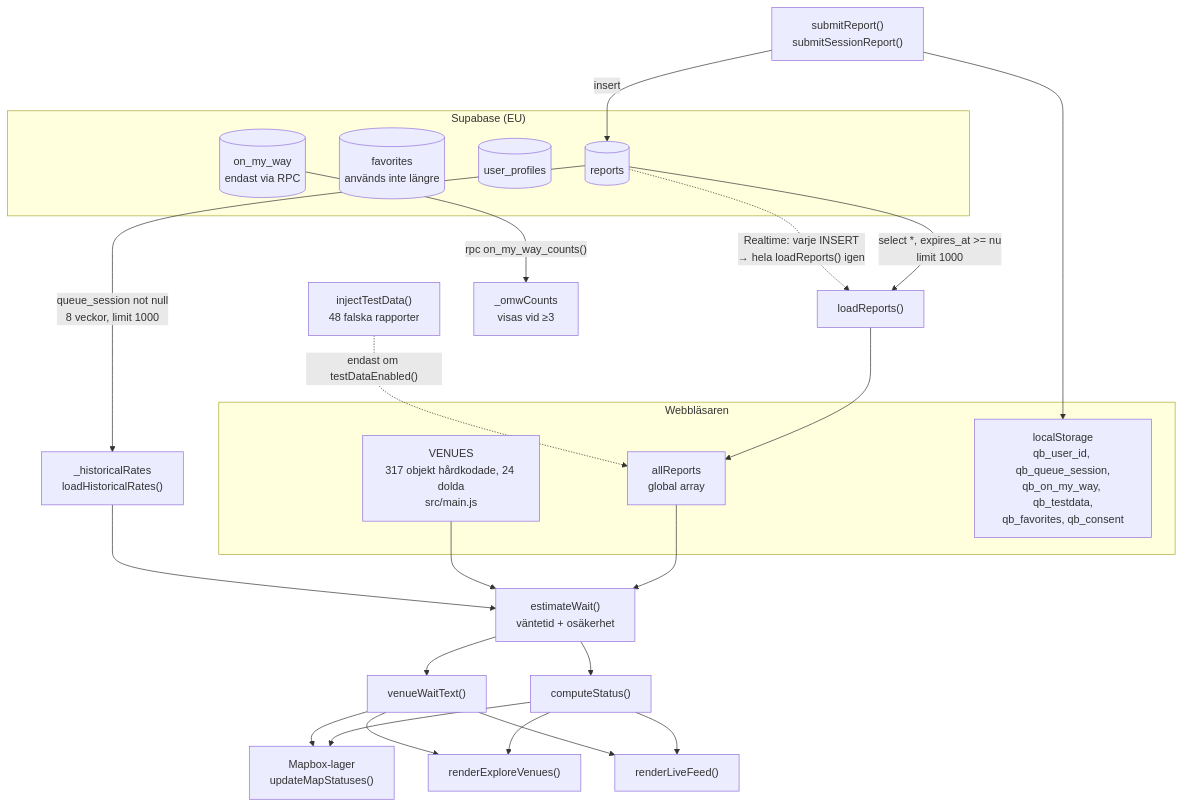
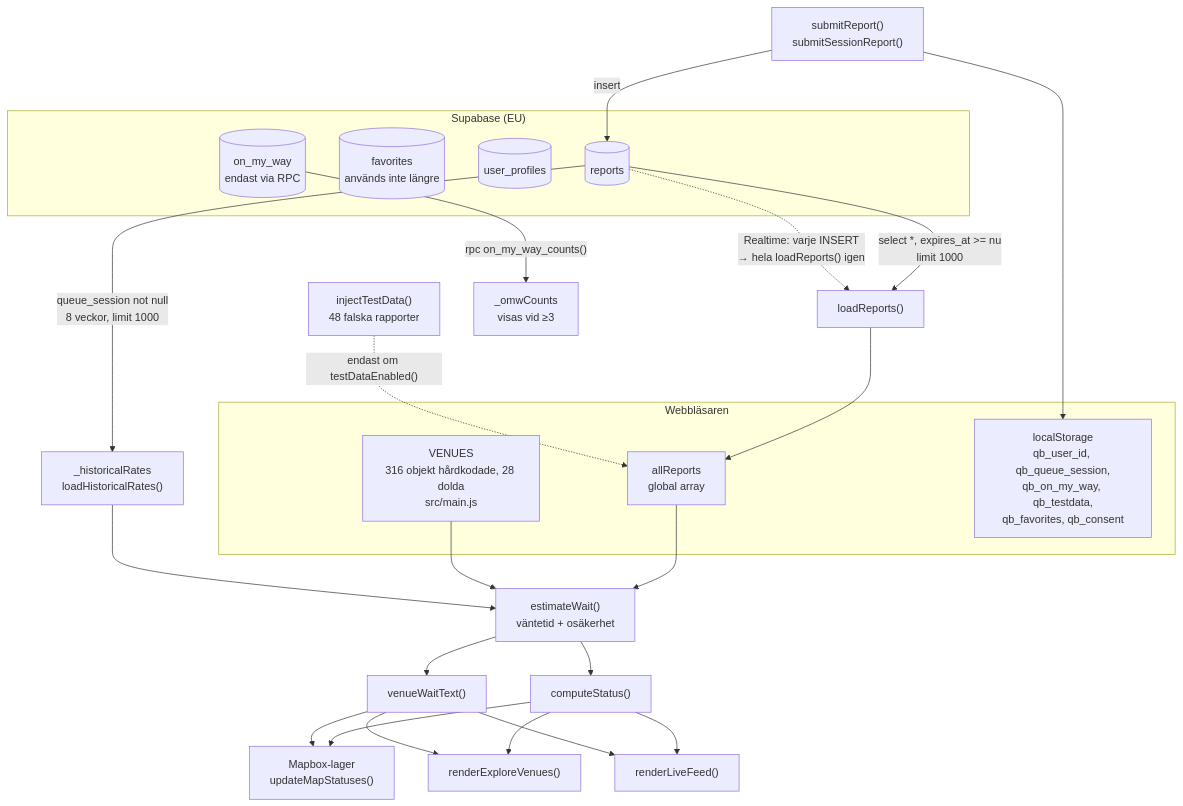
One commit to faisuseng3-dotcom/Anchor changed the diagram in docs/ARCHITECTURE.md. Above: the diagram before and after it, drawn with Mermaid. The commit also changed other lines of this file and 35 other files, not shown here.

````diff
--- a/docs/ARCHITECTURE.md
+++ b/docs/ARCHITECTURE.md
@@ -120,39 +120,39 @@
 ```mermaid
 flowchart TD
     subgraph Klient["Webbläsaren"]
-        VENUES["VENUES<br/>317 objekt hårdkodade, 24 dolda<br/>src/main.js"]
+        VENUES["VENUES<br/>316 objekt hårdkodade, 28 dolda<br/>src/main.js"]
         AR["allReports<br/>global array"]
         LS["localStorage<br/>qb_user_id, qb_queue_session,<br/>qb_on_my_way, qb_testdata,<br/>qb_favorites, qb_consent"]
     end
 
     subgraph DB["Supabase (EU)"]
         REPORTS[("reports")]
         FAV[("favorites<br/>används inte längre")]
         PROF[("user_profiles")]
         OMW[("on_my_way<br/>endast via RPC")]
     end
 
     REPORTS -->|"select *, expires_at >= nu<br/>limit 1000"| LR["loadReports()"]
     LR --> AR
     TD["injectTestData()<br/>48 falska rapporter"] -.->|"endast om testDataEnabled()"| AR
 
     AR --> EW["estimateWait()<br/>väntetid + osäkerhet"]
     VENUES --> EW
     HR["_historicalRates<br/>loadHistoricalRates()"] --> EW
     REPORTS -->|"queue_session not null<br/>8 veckor, limit 1000"| HR
 
     EW --> CS["computeStatus()"]
     EW --> VWT["venueWaitText()"]
 
     CS --> MAP["Mapbox-lager<br/>updateMapStatuses()"]
     VWT --> MAP
     CS --> EXP["renderExploreVenues()"]
     VWT --> EXP
     CS --> LIVE["renderLiveFeed()"]
     VWT --> LIVE
 
     RPT["submitReport()<br/>submitSessionReport()"] -->|insert| REPORTS
     RPT --> LS
     REPORTS -.->|"Realtime: varje INSERT<br/>→ hela loadReports() igen"| LR
     OMW -->|"rpc on_my_way_counts()"| OMWC["_omwCounts<br/>visas vid ≥3"]
 ```
````
